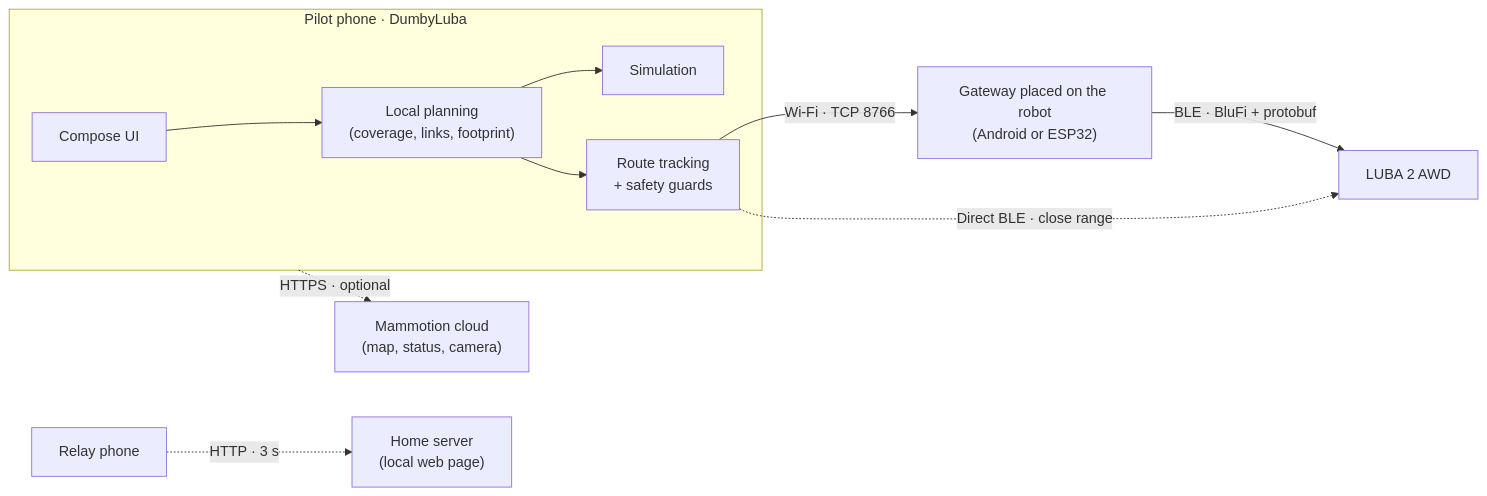
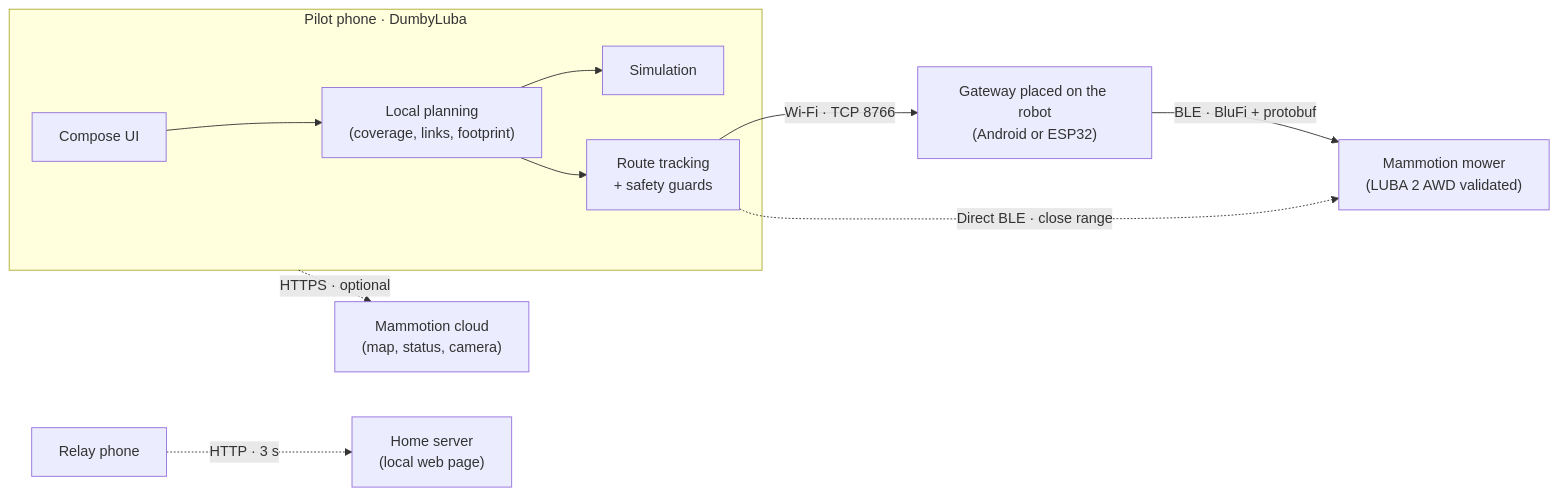
The diagram in README.md (cleborgne-pro/DumbyLuba), drawn with Mermaid before and after one commit. The commit also changed other lines of this file and 25 other files, not shown here.

Commit message:
Every Mammotion mower recognized, read-only mode for the models that are not validated (1.1.0)

````diff
--- a/README.md
+++ b/README.md
@@ -326,13 +335,13 @@
 ```mermaid
 flowchart LR
     subgraph Phone["Pilot phone · DumbyLuba"]
         UI["Compose UI"] --> Planner["Local planning<br/>(coverage, links, footprint)"]
         Planner --> Sim["Simulation"]
         Planner --> Follower["Route tracking<br/>+ safety guards"]
     end
     Follower -- "Wi-Fi · TCP 8766" --> GW["Gateway placed on the robot<br/>(Android or ESP32)"]
-    GW -- "BLE · BluFi + protobuf" --> Robot["LUBA 2 AWD"]
+    GW -- "BLE · BluFi + protobuf" --> Robot["Mammotion mower<br/>(LUBA 2 AWD validated)"]
     Follower -. "Direct BLE · close range" .-> Robot
     Phone -. "HTTPS · optional" .-> Cloud["Mammotion cloud<br/>(map, status, camera)"]
     Relay["Relay phone"] -. "HTTP · 3 s" .-> Server["Home server<br/>(local web page)"]
 ```
````
